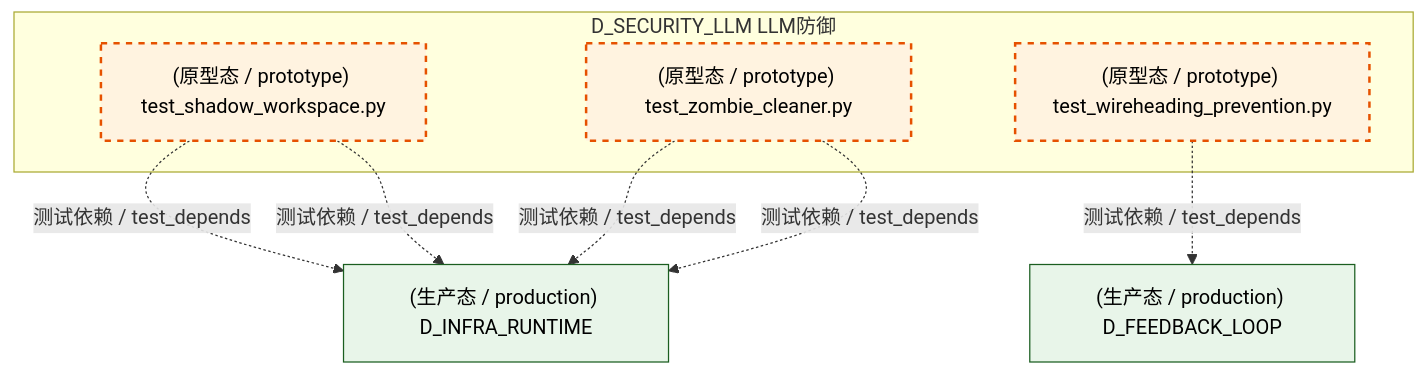
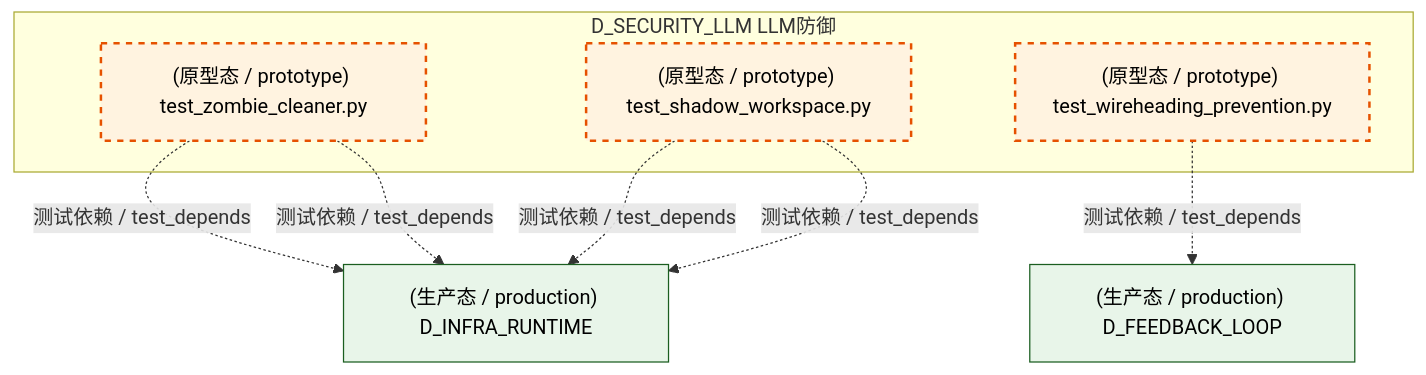
Before and after one commit to xuanFelixVan/ZephyrAlpha: the third of 6 diagrams in docs/02_enterprise_architecture/02_domain_architecture_docs/25_d_security_llm.md, drawn with Mermaid. The commit also changed other lines of this file and 123 other files, not shown here.

````diff
--- a/docs/02_enterprise_architecture/02_domain_architecture_docs/25_d_security_llm.md
+++ b/docs/02_enterprise_architecture/02_domain_architecture_docs/25_d_security_llm.md
@@ -276,21 +276,21 @@
 ```mermaid
 graph TD
     subgraph D_SECURITY_LLM["D_SECURITY_LLM LLM防御"]
         tests_llm_security_test_shadow_workspace_py["(原型态 / prototype) test_shadow_workspace.py"]
         tests_llm_security_test_wireheading_prevention_py["(原型态 / prototype) test_wireheading_prevention.py"]
         tests_llm_security_test_zombie_cleaner_py["(原型态 / prototype) test_zombie_cleaner.py"]
     end
+    D_INFRA_RUNTIME["(生产态 / production) D_INFRA_RUNTIME"]
+    tests_llm_security_test_zombie_cleaner_py -.->|测试依赖 / test_depends| D_INFRA_RUNTIME
+    tests_llm_security_test_zombie_cleaner_py -.->|测试依赖 / test_depends| D_INFRA_RUNTIME
     D_FEEDBACK_LOOP["(生产态 / production) D_FEEDBACK_LOOP"]
     tests_llm_security_test_wireheading_prevention_py -.->|测试依赖 / test_depends| D_FEEDBACK_LOOP
-    D_INFRA_RUNTIME["(生产态 / production) D_INFRA_RUNTIME"]
     tests_llm_security_test_shadow_workspace_py -.->|测试依赖 / test_depends| D_INFRA_RUNTIME
     tests_llm_security_test_shadow_workspace_py -.->|测试依赖 / test_depends| D_INFRA_RUNTIME
-    tests_llm_security_test_zombie_cleaner_py -.->|测试依赖 / test_depends| D_INFRA_RUNTIME
-    tests_llm_security_test_zombie_cleaner_py -.->|测试依赖 / test_depends| D_INFRA_RUNTIME
     classDef production fill:#e1f5fe,stroke:#01579b,stroke-width:2px,color:#000
     classDef design fill:#fff3e0,stroke:#e65100,stroke-width:2px,color:#000,stroke-dasharray: 5 5
     classDef external_prod fill:#e8f5e9,stroke:#1b5e20,stroke-width:1px,color:#000
     classDef external_design fill:#fce4ec,stroke:#880e4f,stroke-width:1px,color:#000,stroke-dasharray: 5 5
     class tests_llm_security_test_shadow_workspace_py,tests_llm_security_test_wireheading_prevention_py,tests_llm_security_test_zombie_cleaner_py design
-    class D_FEEDBACK_LOOP,D_INFRA_RUNTIME external_prod
+    class D_INFRA_RUNTIME,D_FEEDBACK_LOOP external_prod
 ```
````
